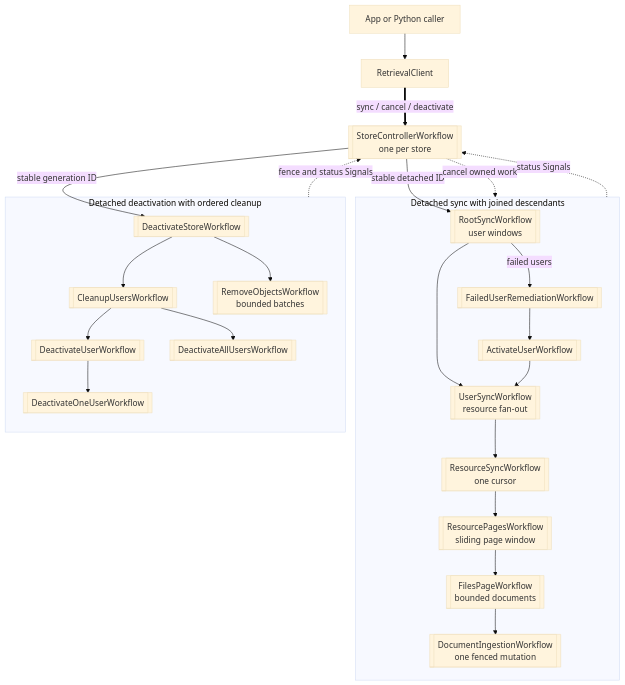
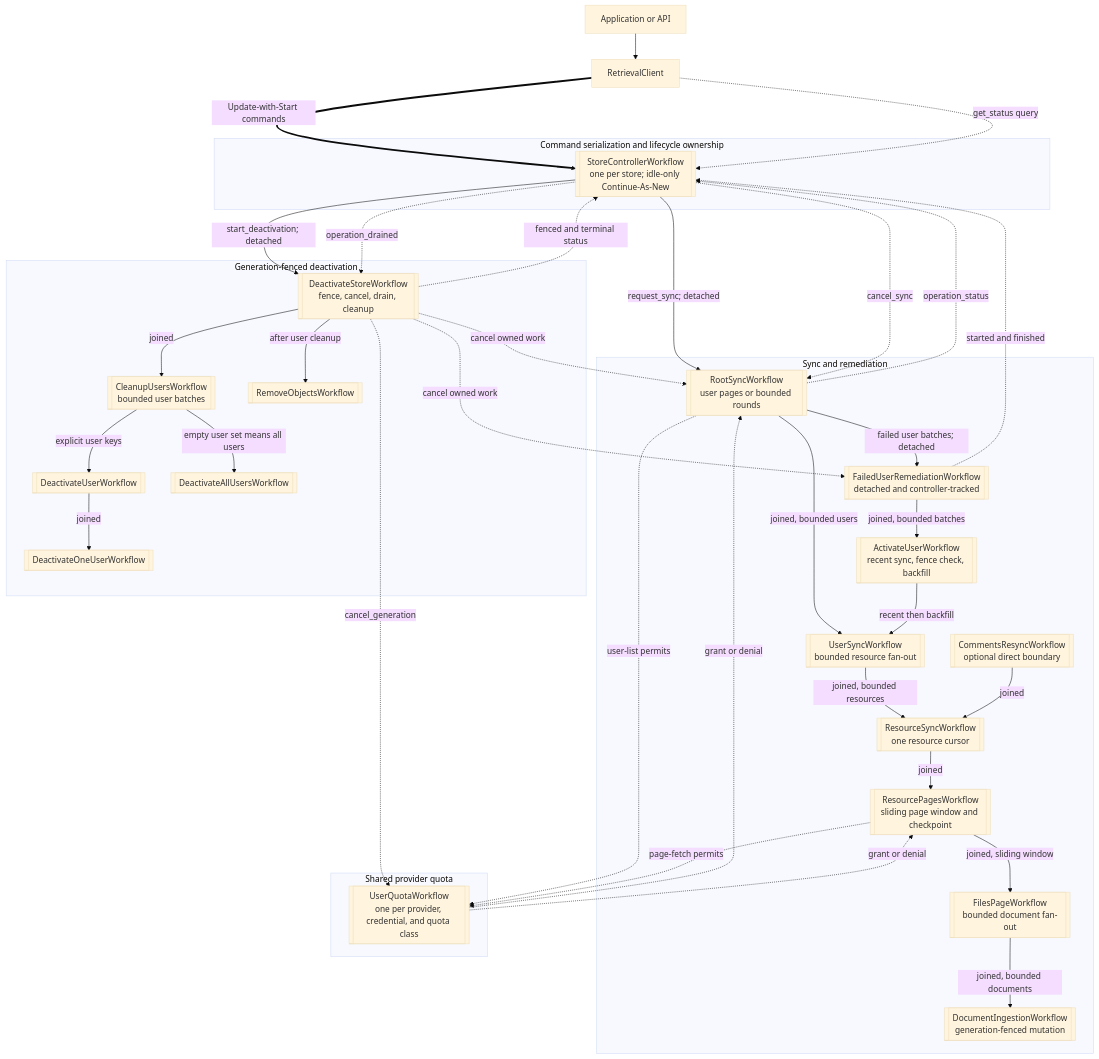
One commit to temporal-sa/golden-retriever changed the second of 6 diagrams in docs/workflow-topology.md. Above: the diagram before and after it, drawn with Mermaid (base theme). The commit also changed other lines of this file and 148 other files, not shown here.

````diff
--- a/docs/workflow-topology.md
+++ b/docs/workflow-topology.md
@@ -95,39 +36,71 @@
 ```mermaid
 flowchart TB
-    caller["App or Python caller"] --> client["RetrievalClient"]
-    client ==>|"sync / cancel / deactivate"| controller[["StoreControllerWorkflow<br/>one per store"]]
+    app["Application or API"]
+    client["RetrievalClient"]
 
-    subgraph syncTree["Detached sync with joined descendants"]
-        root[["RootSyncWorkflow<br/>user windows"]]
-        user[["UserSyncWorkflow<br/>resource fan-out"]]
-        resource[["ResourceSyncWorkflow<br/>one cursor"]]
-        pages[["ResourcePagesWorkflow<br/>sliding page window"]]
-        files[["FilesPageWorkflow<br/>bounded documents"]]
-        ingest[["DocumentIngestionWorkflow<br/>one fenced mutation"]]
-        remediation[["FailedUserRemediationWorkflow"]]
-        activate[["ActivateUserWorkflow"]]
-
-        root --> user --> resource --> pages --> files --> ingest
-        root -->|"failed users"| remediation --> activate --> user
+    subgraph control["Command serialization and lifecycle ownership"]
+        controller[["StoreControllerWorkflow<br/>one per store; idle-only Continue-As-New"]]
     end
 
-    subgraph deactivationTree["Detached deactivation with ordered cleanup"]
-        deactivation[["DeactivateStoreWorkflow"]]
-        cleanUsers[["CleanupUsersWorkflow"]]
-        routeUser[["DeactivateUserWorkflow"]]
-        oneUser[["DeactivateOneUserWorkflow"]]
-        allUsers[["DeactivateAllUsersWorkflow"]]
-        objects[["RemoveObjectsWorkflow<br/>bounded batches"]]
+    subgraph sync["Sync and remediation"]
+        root[["RootSyncWorkflow<br/>user pages or bounded rounds"]]
+        user[["UserSyncWorkflow<br/>bounded resource fan-out"]]
+        resource[["ResourceSyncWorkflow<br/>one resource cursor"]]
+        pages[["ResourcePagesWorkflow<br/>sliding page window and checkpoint"]]
+        files[["FilesPageWorkflow<br/>bounded document fan-out"]]
+        document[["DocumentIngestionWorkflow<br/>generation-fenced mutation"]]
+        remediation[["FailedUserRemediationWorkflow<br/>detached and controller-tracked"]]
+        activate[["ActivateUserWorkflow<br/>recent sync, fence check, backfill"]]
+        comments[["CommentsResyncWorkflow<br/>optional direct boundary"]]
 
-        deactivation --> cleanUsers
-        cleanUsers --> routeUser --> oneUser
-        cleanUsers --> allUsers
-        deactivation --> objects
+        root -->|"joined, bounded users"| user
+        user -->|"joined, bounded resources"| resource
+        resource -->|"joined"| pages
+        pages -->|"joined, sliding window"| files
+        files -->|"joined, bounded documents"| document
+        root -->|"failed user batches; detached"| remediation
+        remediation -->|"joined, bounded batches"| activate
+        activate -->|"recent then backfill"| user
+        comments -->|"joined"| resource
     end
 
-    controller -->|"stable detached ID"| root
-    controller -->|"stable generation ID"| deactivation
-    controller -.->|"cancel owned work"| syncTree
-    syncTree -.->|"status Signals"| controller
-    deactivationTree -.->|"fence and status Signals"| controller
+    subgraph quota["Shared provider quota"]
+        userQuota[["UserQuotaWorkflow<br/>one per provider, credential, and quota class"]]
+    end
+
+    subgraph deactivate["Generation-fenced deactivation"]
+        deactivateStore[["DeactivateStoreWorkflow<br/>fence, cancel, drain, cleanup"]]
+        cleanupUsers[["CleanupUsersWorkflow<br/>bounded user batches"]]
+        deactivateUser[["DeactivateUserWorkflow"]]
+        deactivateOne[["DeactivateOneUserWorkflow"]]
+        deactivateAll[["DeactivateAllUsersWorkflow"]]
+        removeObjects[["RemoveObjectsWorkflow"]]
+
+        deactivateStore -->|"joined"| cleanupUsers
+        cleanupUsers -->|"explicit user keys"| deactivateUser
+        deactivateUser -->|"joined"| deactivateOne
+        cleanupUsers -->|"empty user set means all users"| deactivateAll
+        deactivateStore -->|"after user cleanup"| removeObjects
+    end
+
+    app --> client
+    client ==>|"Update-with-Start commands"| controller
+    client -.->|"get_status query"| controller
+    controller -->|"request_sync; detached"| root
+    controller -->|"start_deactivation; detached"| deactivateStore
+    controller -.->|"cancel_sync"| root
+
+    root -.->|"operation_status"| controller
+    remediation -.->|"started and finished"| controller
+    deactivateStore -.->|"fenced and terminal status"| controller
+
+    root -.->|"user-list permits"| userQuota
+    pages -.->|"page-fetch permits"| userQuota
+    userQuota -.->|"grant or denial"| root
+    userQuota -.->|"grant or denial"| pages
+
+    deactivateStore -.->|"cancel owned work"| root
+    deactivateStore -.->|"cancel owned work"| remediation
+    deactivateStore -.->|"cancel_generation"| userQuota
+    controller -.->|"operation_drained"| deactivateStore
 ```
````
